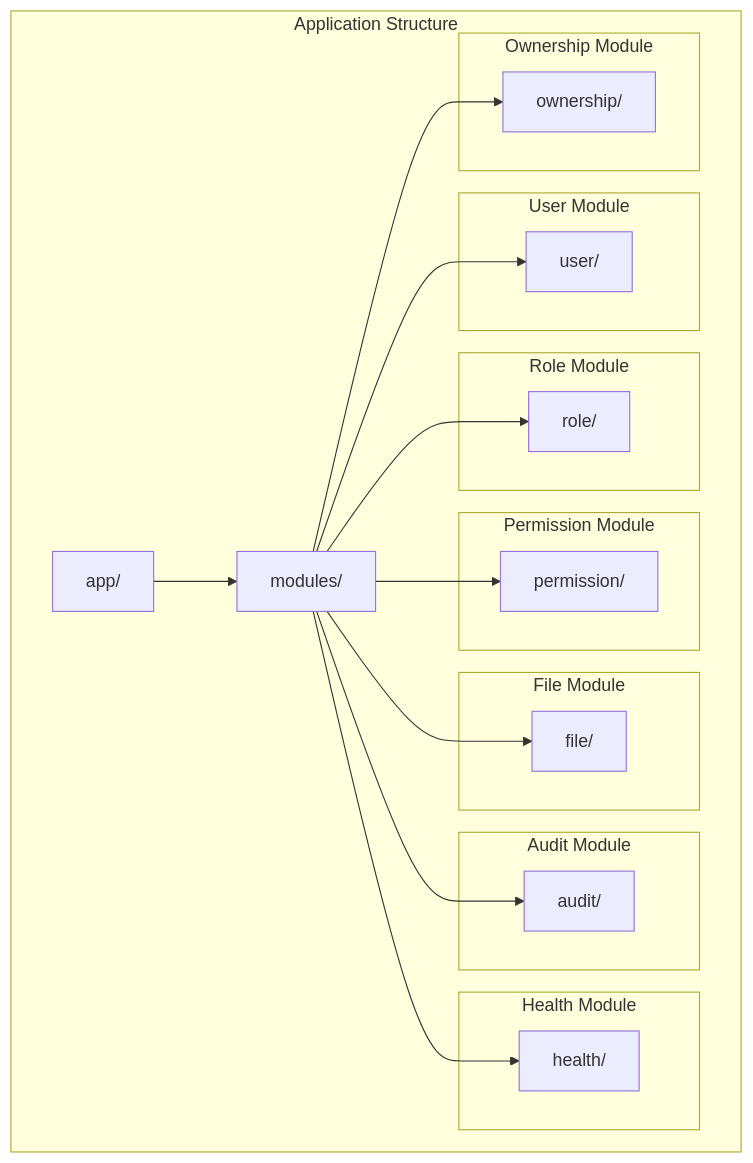
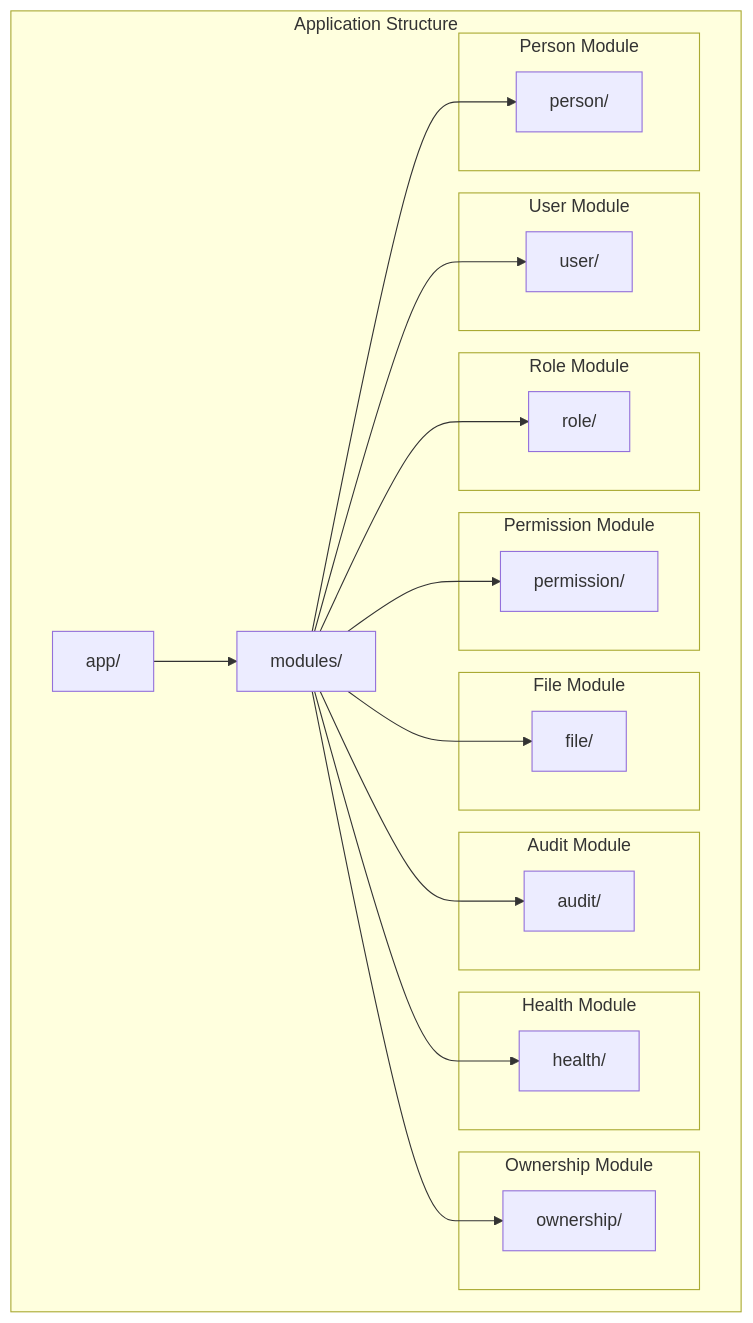
One commit to gabrielmaialva33/genscan-api changed the third of 7 diagrams in README.md. Above: the diagram before and after it, drawn with Mermaid. The commit also changed other lines of this file and 1 other file, not shown here.

````diff
--- a/README.md
+++ b/README.md
@@ -145,38 +147,42 @@
 ```mermaid
 graph TD
     subgraph "Application Structure"
         APP[app/]
         MODULES[modules/]
 
         subgraph "User Module"
             USER_M[user/]
         end
         subgraph "Role Module"
             ROLE_M[role/]
         end
         subgraph "Permission Module"
             PERM_M[permission/]
         end
         subgraph "File Module"
             FILE_M[file/]
         end
         subgraph "Audit Module"
             AUDIT_M[audit/]
         end
         subgraph "Health Module"
             HEALTH_M[health/]
         end
         subgraph "Ownership Module"
             OWNER_M[ownership/]
         end
+        subgraph "Person Module"
+            PERSON_M[person/]
+        end
     end
 
     APP --> MODULES
     MODULES --> USER_M
     MODULES --> ROLE_M
     MODULES --> PERM_M
     MODULES --> FILE_M
     MODULES --> AUDIT_M
     MODULES --> HEALTH_M
     MODULES --> OWNER_M
+    MODULES --> PERSON_M
 ```
````
